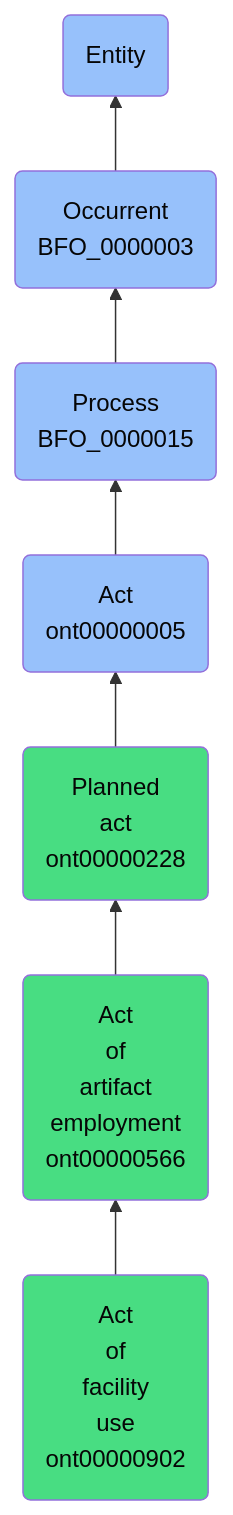
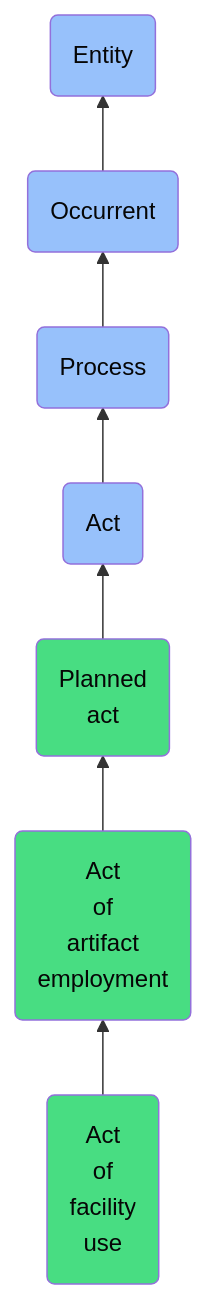
The diagram in docs/ontology/reference/model/Entity/Occurrent/Process/Act/Planned act/Act of artifact employment/Act of facility use/Act of facility use.md (jupyter-naas/abi), drawn with Mermaid before and after one commit. The commit also changed other lines of this file and 1430 other files, not shown here.

````diff
--- a/docs/ontology/reference/model/Entity/Occurrent/Process/Act/Planned act/Act of artifact employment/Act of facility use/Act of facility use.md
+++ b/docs/ontology/reference/model/Entity/Occurrent/Process/Act/Planned act/Act of artifact employment/Act of facility use/Act of facility use.md
@@ -24,14 +24,14 @@
 ```mermaid
 graph BT
-    ont00000902(Act<br>of<br>facility<br>use<br>ont00000902):::ABI-->ont00000566
-    ont00000566(Act<br>of<br>artifact<br>employment<br>ont00000566):::ABI-->ont00000228
-    ont00000228(Planned<br>act<br>ont00000228):::ABI-->ont00000005
-    ont00000005(Act<br>ont00000005):::BFO-->BFO_0000015
-    BFO_0000015(Process<br>BFO_0000015):::BFO-->BFO_0000003
-    BFO_0000003(Occurrent<br>BFO_0000003):::BFO-->BFO_0000001
+    ont00000902(Act<br>of<br>facility<br>use):::ABI-->ont00000566
+    ont00000566(Act<br>of<br>artifact<br>employment):::ABI-->ont00000228
+    ont00000228(Planned<br>act):::ABI-->ont00000005
+    ont00000005(Act):::BFO-->BFO_0000015
+    BFO_0000015(Process):::BFO-->BFO_0000003
+    BFO_0000003(Occurrent):::BFO-->BFO_0000001
     BFO_0000001(Entity):::BFO
     
     classDef BFO fill:#97c1fb,color:#060606
     classDef CCO fill:#e4c51e,color:#060606
     classDef ABI fill:#48DD82,color:#060606
 ```
````
